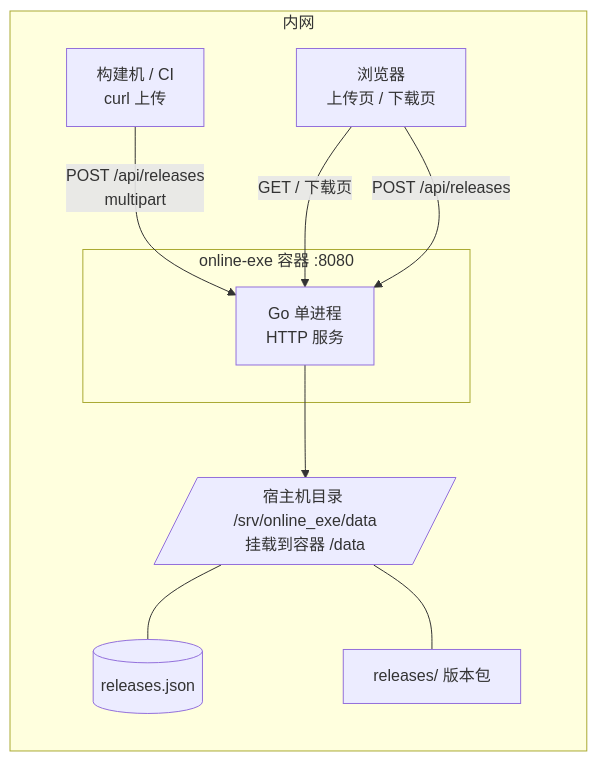
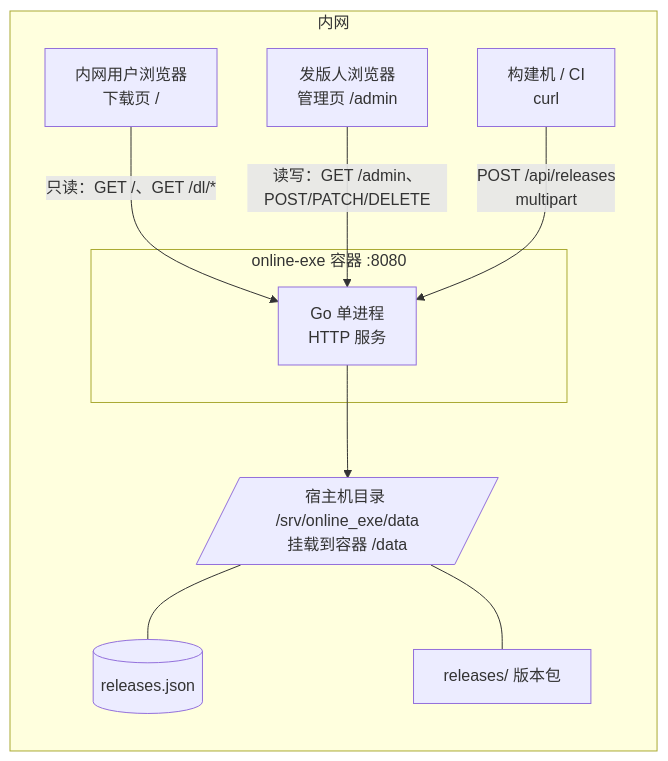
Before and after one commit to saber9050/online_exe: the diagram in docs/release-platform-design.md, drawn with Mermaid. The commit also changed other lines of this file, not shown here.

````diff
--- a/docs/release-platform-design.md
+++ b/docs/release-platform-design.md
@@ -146,22 +148,23 @@
 ```mermaid
 flowchart LR
     subgraph 内网
-        CI[构建机 / CI<br/>curl 上传]
-        U[浏览器<br/>上传页 / 下载页]
+        U1[内网用户浏览器<br/>下载页 /]
+        U2[发版人浏览器<br/>管理页 /admin]
+        CI[构建机 / CI<br/>curl]
 
         subgraph C[online-exe 容器 :8080]
             S[Go 单进程<br/>HTTP 服务]
         end
 
         V[/宿主机目录 /srv/online_exe/data<br/>挂载到容器 /data/]
         D[(releases.json)]
         F[releases/ 版本包]
     end
 
+    U1 -->|只读：GET /、GET /dl/*| S
+    U2 -->|读写：GET /admin、POST/PATCH/DELETE| S
     CI -->|POST /api/releases<br/>multipart| S
-    U -->|GET / 下载页| S
-    U -->|POST /api/releases| S
     S --> V
     V --- D
     V --- F
 ```
````
